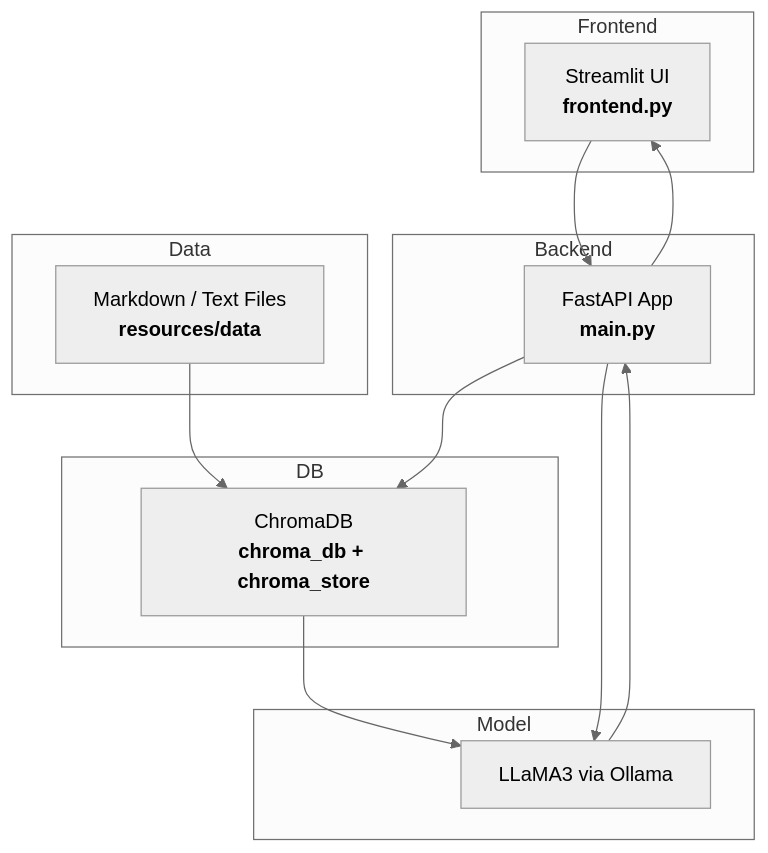
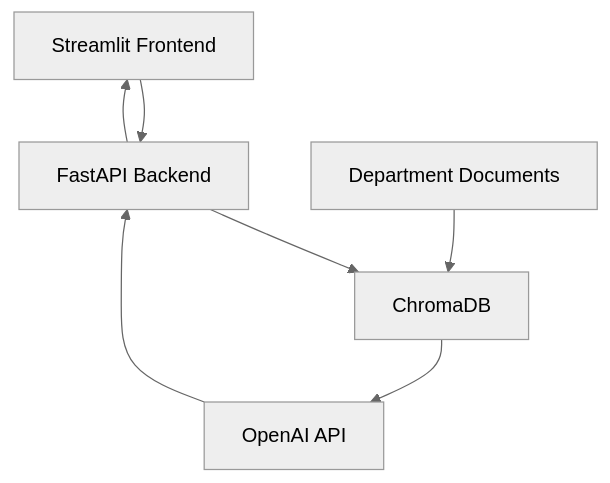
The diagram in README.md (gowtham-org/Role_based_aichatbot), drawn with Mermaid (neutral theme) before and after one commit. The commit also changed other lines of this file, not shown here.

````diff
--- a/README.md
+++ b/README.md
@@ -86,30 +120,16 @@
 ```mermaid
 flowchart TD
-    subgraph Frontend
-        ST[Streamlit UI<br><b>frontend.py</b>]
-    end
-
-    subgraph Backend
-        API[FastAPI App<br><b>main.py</b>]
-    end
-
-    subgraph DB
-        CH[ChromaDB<br><b>chroma_db + chroma_store</b>]
-    end
-
-    subgraph Model
-        LLM[LLaMA3 via Ollama]
-    end
-
-    subgraph Data
-        Files[Markdown / Text Files<br><b>resources/data</b>]
-    end
+    ST[Streamlit Frontend]
+    API[FastAPI Backend]
+    CH[ChromaDB]
+    OPENAI[OpenAI API]
+    DATA[Department Documents]
 
     ST --> API
     API --> CH
-    API --> LLM
-    CH --> LLM
-    Files --> CH
-    LLM --> API
+    CH --> OPENAI
+    OPENAI --> API
     API --> ST
+    DATA --> CH
+
 ```
````
